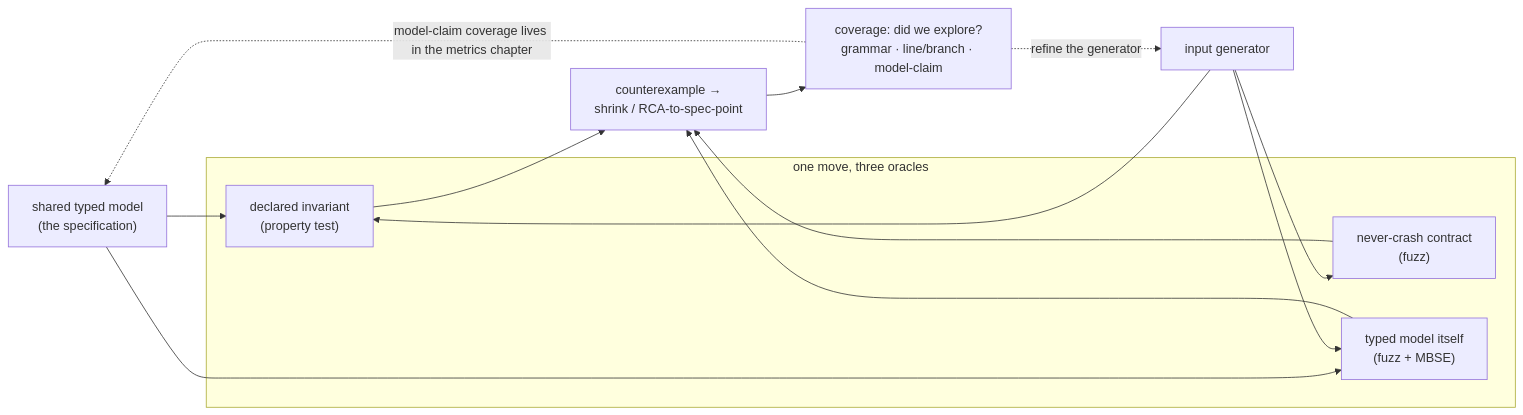
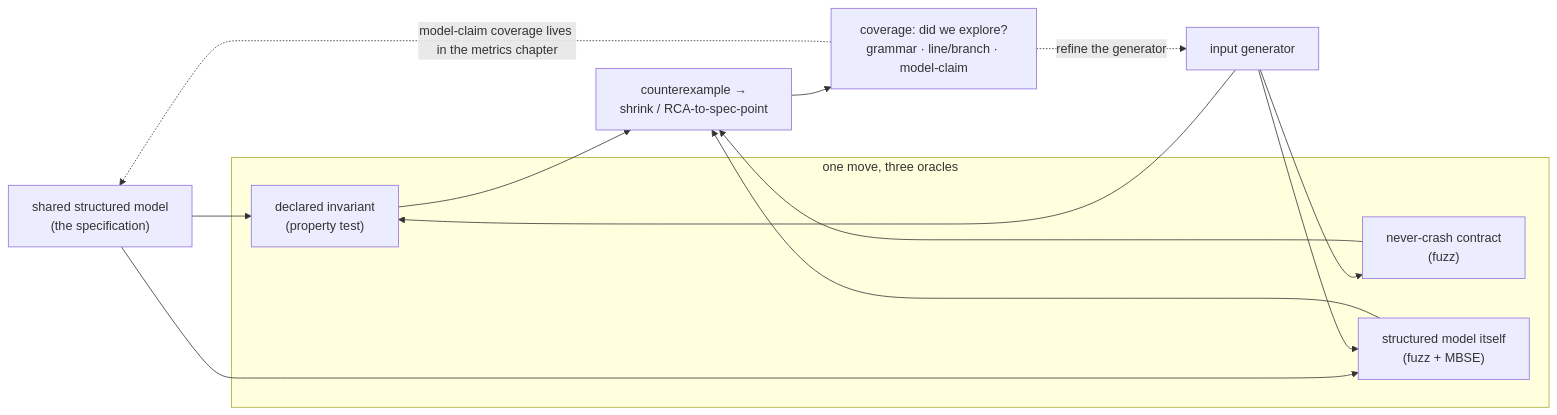
One commit to davisjam/agent-governance-mechanisms changed the second of 2 diagrams in book/part4/4.6-generative-validation.md. Above: the diagram before and after it, drawn with Mermaid. The commit also changed other lines of this file and 192 other files, not shown here.

````diff
--- a/book/part4/4.6-generative-validation.md
+++ b/book/part4/4.6-generative-validation.md
@@ -265,25 +265,25 @@
 ```mermaid
 flowchart LR
-    MODEL["shared typed model<br/>(the specification)"]
+    MODEL["shared structured model<br/>(the specification)"]
     GEN["input generator"]
     subgraph ORACLES["one move, three oracles"]
         PBT["declared invariant<br/>(property test)"]
         FUZZ["never-crash contract<br/>(fuzz)"]
-        MBSE["typed model itself<br/>(fuzz + MBSE)"]
+        MBSE["structured model itself<br/>(fuzz + MBSE)"]
     end
     OUT["counterexample →<br/>shrink / RCA-to-spec-point"]
     COV["coverage: did we explore?<br/>grammar · line/branch · model-claim"]
     MODEL --> PBT
     MODEL --> MBSE
     GEN --> PBT
     GEN --> FUZZ
     GEN --> MBSE
     PBT --> OUT
     FUZZ --> OUT
     MBSE --> OUT
     OUT --> COV
     COV -.->|"refine the generator"| GEN
     COV -.->|"model-claim coverage lives in the metrics chapter"| MODEL
     accTitle: One generator, three oracles, all drawing from the shared model, with a coverage feedback loop
-    accDescr: A shared typed model — the specification — sits at the centre and feeds two of three oracle boxes: the declared invariant of a property test and the typed model itself in fuzz-plus-MBSE. A single input generator feeds all three oracle boxes: the property-test invariant, the never-crash fuzzing contract, and the model-based oracle. All three oracles converge on one outcome, a counterexample that is shrunk to its minimal form or traced back to the stable specification point. That outcome flows into a coverage node measuring grammar, line-and-branch, and model-claim coverage, which feeds two dashed loops back: one refining the generator, and one noting that model-claim coverage is owned by the metrics chapter.
+    accDescr: A shared structured model — the specification — sits at the centre and feeds two of three oracle boxes: the declared invariant of a property test and the structured model itself in fuzz-plus-MBSE. A single input generator feeds all three oracle boxes: the property-test invariant, the never-crash fuzzing contract, and the model-based oracle. All three oracles converge on one outcome, a counterexample that is shrunk to its minimal form or traced back to the stable specification point. That outcome flows into a coverage node measuring grammar, line-and-branch, and model-claim coverage, which feeds two dashed loops back: one refining the generator, and one noting that model-claim coverage is owned by the metrics chapter.
 ```
````
